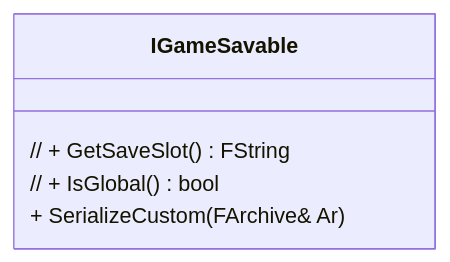
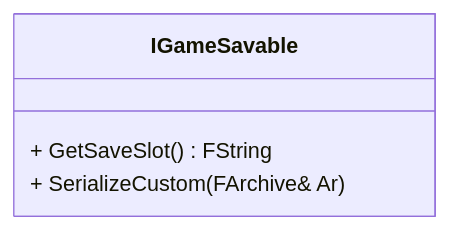
One commit to antae714/antae714.github.io changed the first of 6 diagrams in _posts/UnrealProject/FeatureCreation/2025-06-28-SaveGame.md. Above: the diagram before and after it, drawn with Mermaid. The commit also changed other lines of this file and 10 other files, not shown here.

````diff
--- a/_posts/UnrealProject/FeatureCreation/2025-06-28-SaveGame.md
+++ b/_posts/UnrealProject/FeatureCreation/2025-06-28-SaveGame.md
@@ -86,11 +86,10 @@
 ``` mermaid
 
 classDiagram
 
     class IGameSavable{
-		// + GetSaveSlot() FString
-		// + IsGlobal() bool
+		+ GetSaveSlot() FString
 		+ SerializeCustom(FArchive& Ar)
     }
 
 ```
````
